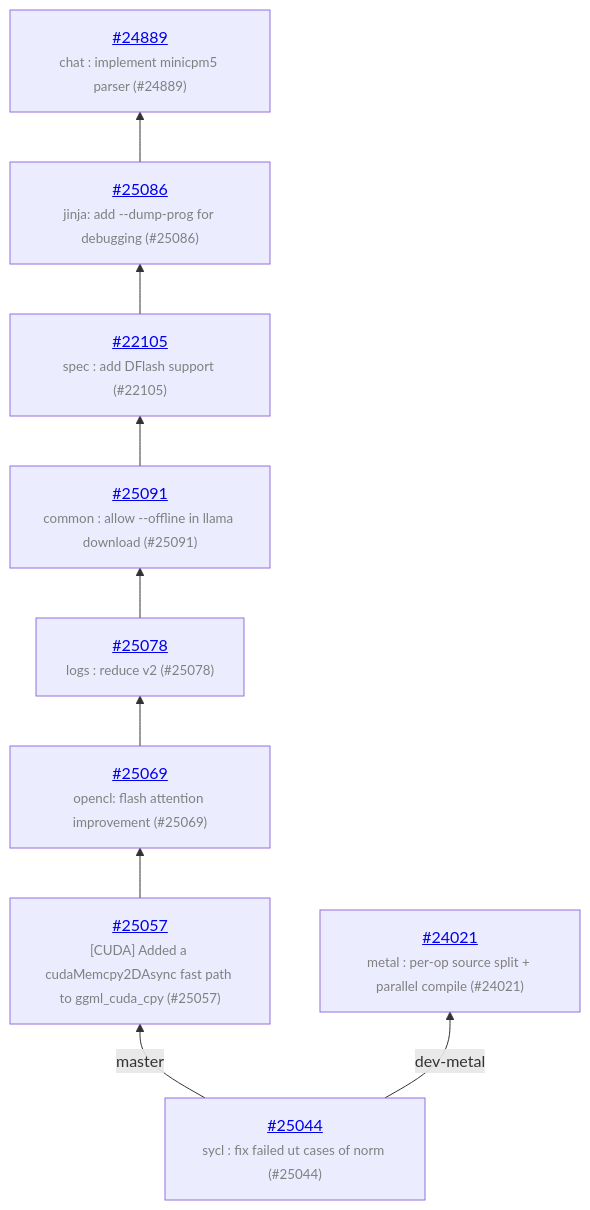
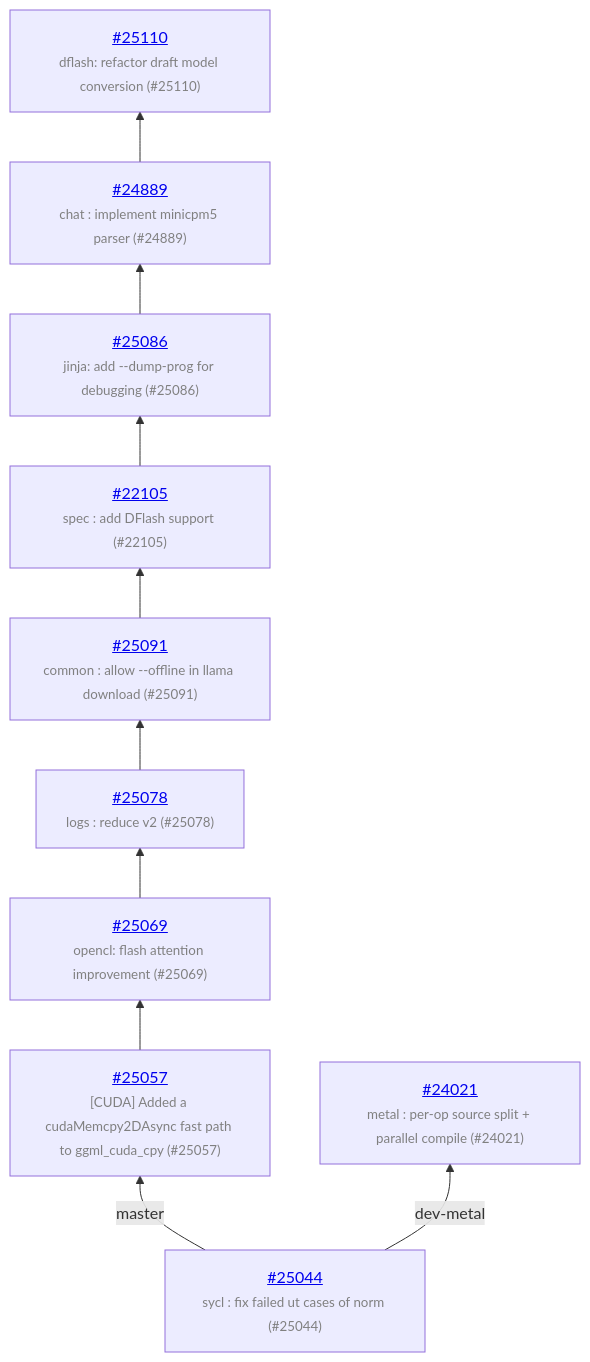
The diagram in README.md (ggml-org/llama.cpp-dev), drawn with Mermaid before and after one commit. The commit also changed other lines of this file and 1 other file, not shown here.

Commit message:
auto: update

````diff
--- a/README.md
+++ b/README.md
@@ -13,20 +13,22 @@
 ```mermaid
 graph BT
     COMMON["<a href='https://github.com/ggml-org/llama.cpp/pull/25044'>#25044</a><br/><span style='font-size:smaller;color:gray'>sycl : fix failed ut cases of norm (#25044)</span>"]
     COMMON -->|master| C_0ed235e
     C_0ed235e["<a href='https://github.com/ggml-org/llama.cpp/pull/25057'>#25057</a><br/><span style='font-size:smaller;color:gray'>[CUDA] Added a cudaMemcpy2DAsync fast path to ggml_cuda_cpy (#25057)</span>"]
     C_0ed235e --> C_ebd048f
     C_ebd048f["<a href='https://github.com/ggml-org/llama.cpp/pull/25069'>#25069</a><br/><span style='font-size:smaller;color:gray'>opencl: flash attention improvement (#25069)</span>"]
     C_ebd048f --> C_27c8bb4
     C_27c8bb4["<a href='https://github.com/ggml-org/llama.cpp/pull/25078'>#25078</a><br/><span style='font-size:smaller;color:gray'>logs : reduce v2 (#25078)</span>"]
     C_27c8bb4 --> C_c1a1c8e
     C_c1a1c8e["<a href='https://github.com/ggml-org/llama.cpp/pull/25091'>#25091</a><br/><span style='font-size:smaller;color:gray'>common : allow --offline in llama download (#25091)</span>"]
     C_c1a1c8e --> C_d1b3425
     C_d1b3425["<a href='https://github.com/ggml-org/llama.cpp/pull/22105'>#22105</a><br/><span style='font-size:smaller;color:gray'>spec : add DFlash support (#22105)</span>"]
     C_d1b3425 --> C_f68a788
     C_f68a788["<a href='https://github.com/ggml-org/llama.cpp/pull/25086'>#25086</a><br/><span style='font-size:smaller;color:gray'>jinja: add --dump-prog for debugging (#25086)</span>"]
     C_f68a788 --> C_c818263
     C_c818263["<a href='https://github.com/ggml-org/llama.cpp/pull/24889'>#24889</a><br/><span style='font-size:smaller;color:gray'>chat : implement minicpm5 parser (#24889)</span>"]
+    C_c818263 --> C_fa72bc6
+    C_fa72bc6["<a href='https://github.com/ggml-org/llama.cpp/pull/25110'>#25110</a><br/><span style='font-size:smaller;color:gray'>dflash: refactor draft model conversion (#25110)</span>"]
     COMMON -->|dev-metal| C_f7c1df6
     C_f7c1df6["<a href='https://github.com/ggml-org/llama.cpp/pull/24021'>#24021</a><br/><span style='font-size:smaller;color:gray'>metal : per-op source split + parallel compile (#24021)</span>"]
 ```
````
